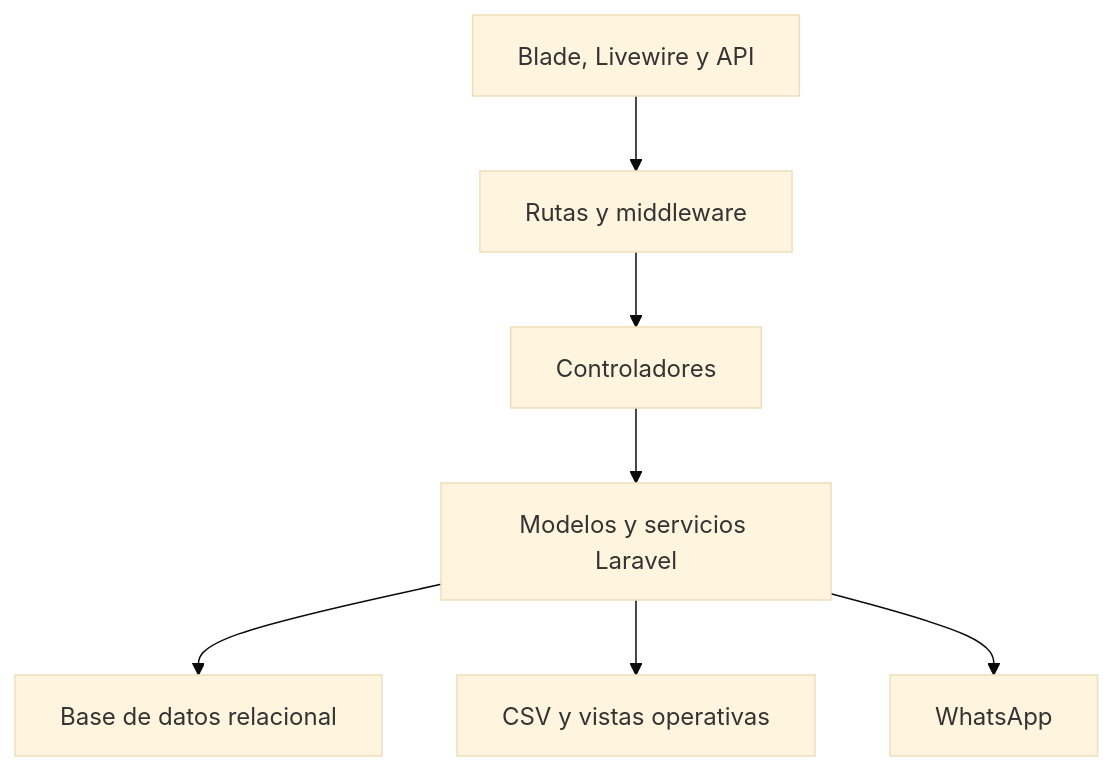
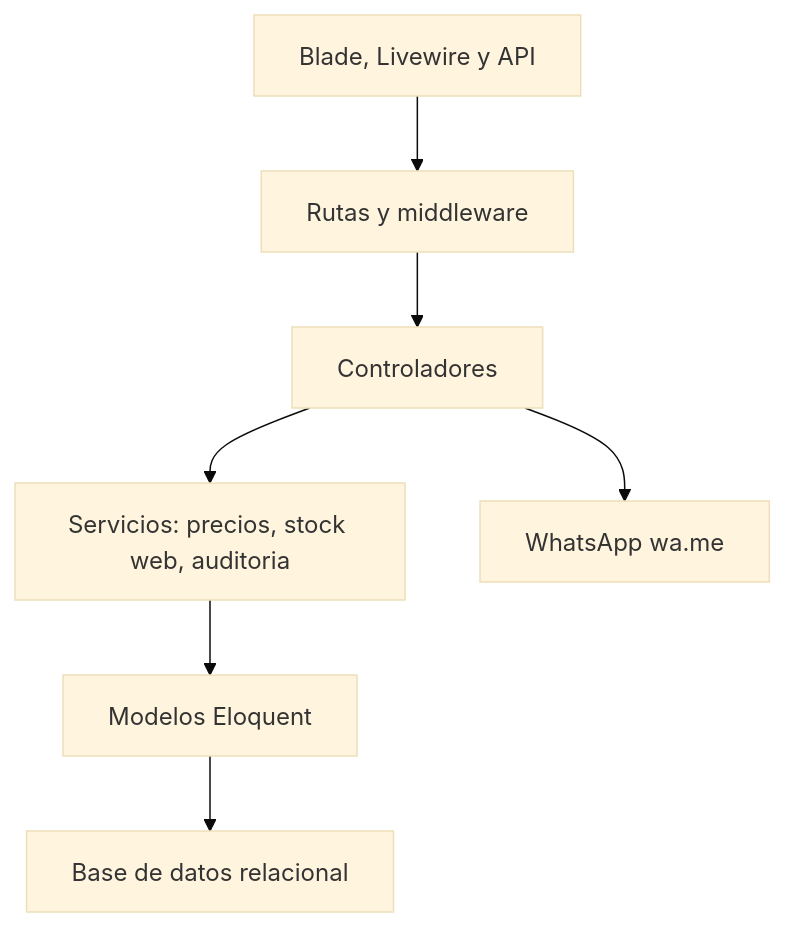
Before and after one commit to georgeelimelec-byte/tienda_km2: the second of 4 diagrams in outputs/architecture_docs/ARQUITECTURA_Y_DIAGRAMAS.md, drawn with Mermaid (base theme). The commit also changed other lines of this file and 59 other files, not shown here.

Commit message:
Completar flujo de pedidos WhatsApp

````diff
--- a/outputs/architecture_docs/ARQUITECTURA_Y_DIAGRAMAS.md
+++ b/outputs/architecture_docs/ARQUITECTURA_Y_DIAGRAMAS.md
@@ -31,9 +36,9 @@
 ```mermaid
 flowchart TB
     UI["Blade, Livewire y API"] --> Routes["Rutas y middleware"]
     Routes --> Controllers["Controladores"]
-    Controllers --> Domain["Modelos y servicios Laravel"]
-    Domain --> DB["Base de datos relacional"]
-    Domain --> Exports["CSV y vistas operativas"]
-    Domain --> Whatsapp["WhatsApp"]
+    Controllers --> Services["Servicios: precios, stock web, auditoria"]
+    Services --> Models["Modelos Eloquent"]
+    Models --> DB["Base de datos relacional"]
+    Controllers --> Whatsapp["WhatsApp wa.me"]
 ```
````
